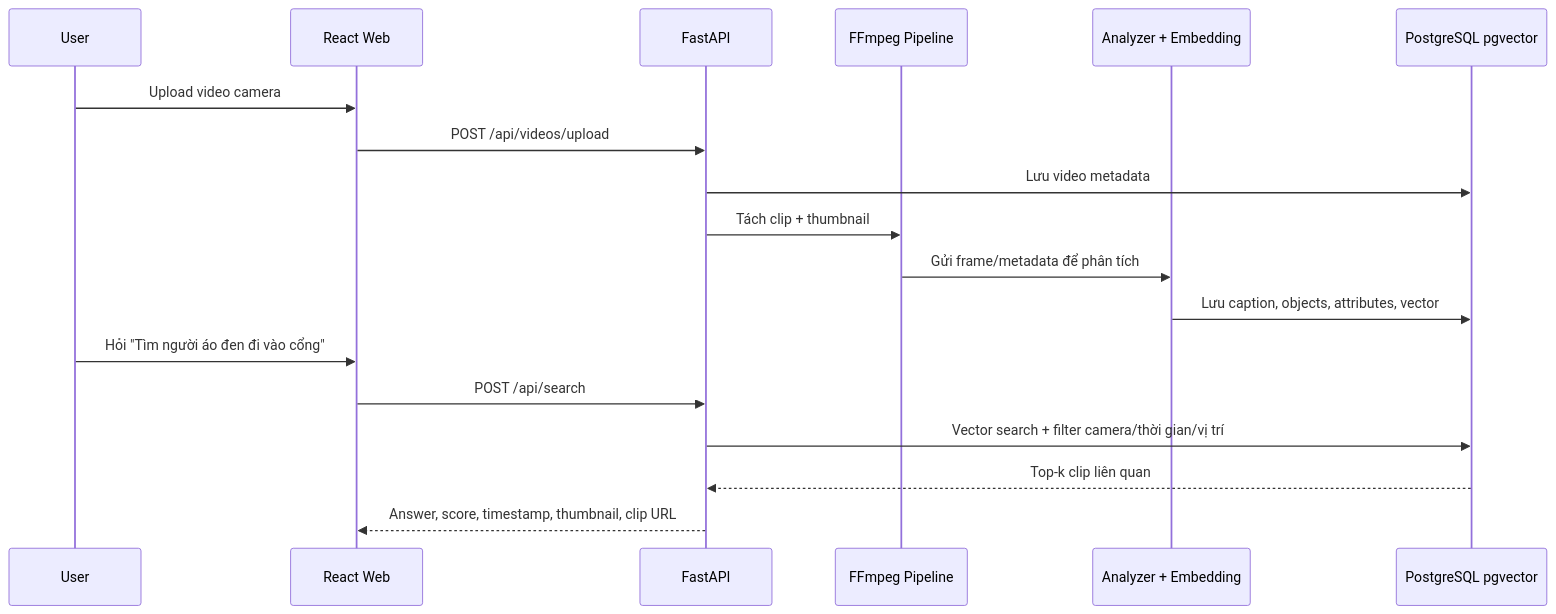
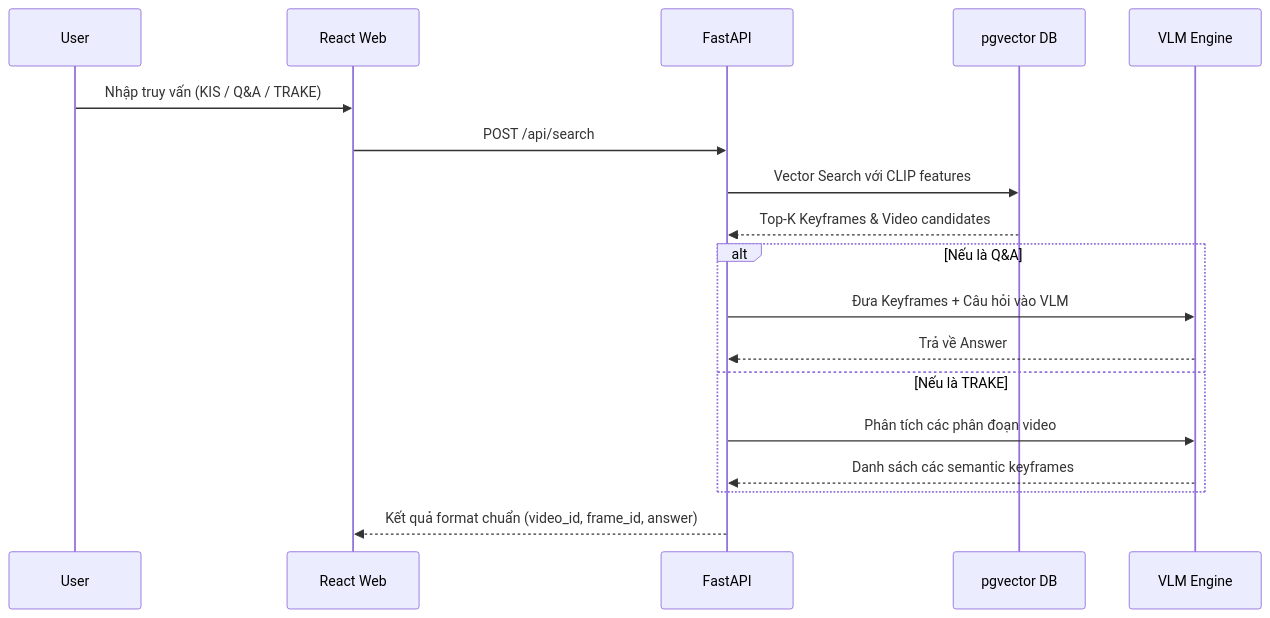
Before and after one commit to thangak18/Camera-AI: the second of 2 diagrams in README.md, drawn with Mermaid. The commit also changed other lines of this file and 2 other files, not shown here.

````diff
--- a/README.md
+++ b/README.md
@@ -44,21 +65,23 @@
 ```mermaid
 sequenceDiagram
     participant User as User
     participant Web as React Web
     participant API as FastAPI
-    participant FFmpeg as FFmpeg Pipeline
-    participant AI as Analyzer + Embedding
-    participant DB as PostgreSQL pgvector
+    participant Search as pgvector DB
+    participant VLM as VLM Engine
 
-    User->>Web: Upload video camera
-    Web->>API: POST /api/videos/upload
-    API->>DB: Lưu video metadata
-    API->>FFmpeg: Tách clip + thumbnail
-    FFmpeg->>AI: Gửi frame/metadata để phân tích
-    AI->>DB: Lưu caption, objects, attributes, vector
-    User->>Web: Hỏi "Tìm người áo đen đi vào cổng"
+    User->>Web: Nhập truy vấn (KIS / Q&A / TRAKE)
     Web->>API: POST /api/search
-    API->>DB: Vector search + filter camera/thời gian/vị trí
-    DB-->>API: Top-k clip liên quan
-    API-->>Web: Answer, score, timestamp, thumbnail, clip URL
+    API->>Search: Vector Search với CLIP features
+    Search-->>API: Top-K Keyframes & Video candidates
+    
+    alt Nếu là Q&A
+        API->>VLM: Đưa Keyframes + Câu hỏi vào VLM
+        VLM-->>API: Trả về Answer
+    else Nếu là TRAKE
+        API->>VLM: Phân tích các phân đoạn video
+        VLM-->>API: Danh sách các semantic keyframes
+    end
+    
+    API-->>Web: Kết quả format chuẩn (video_id, frame_id, answer)
 ```
````
